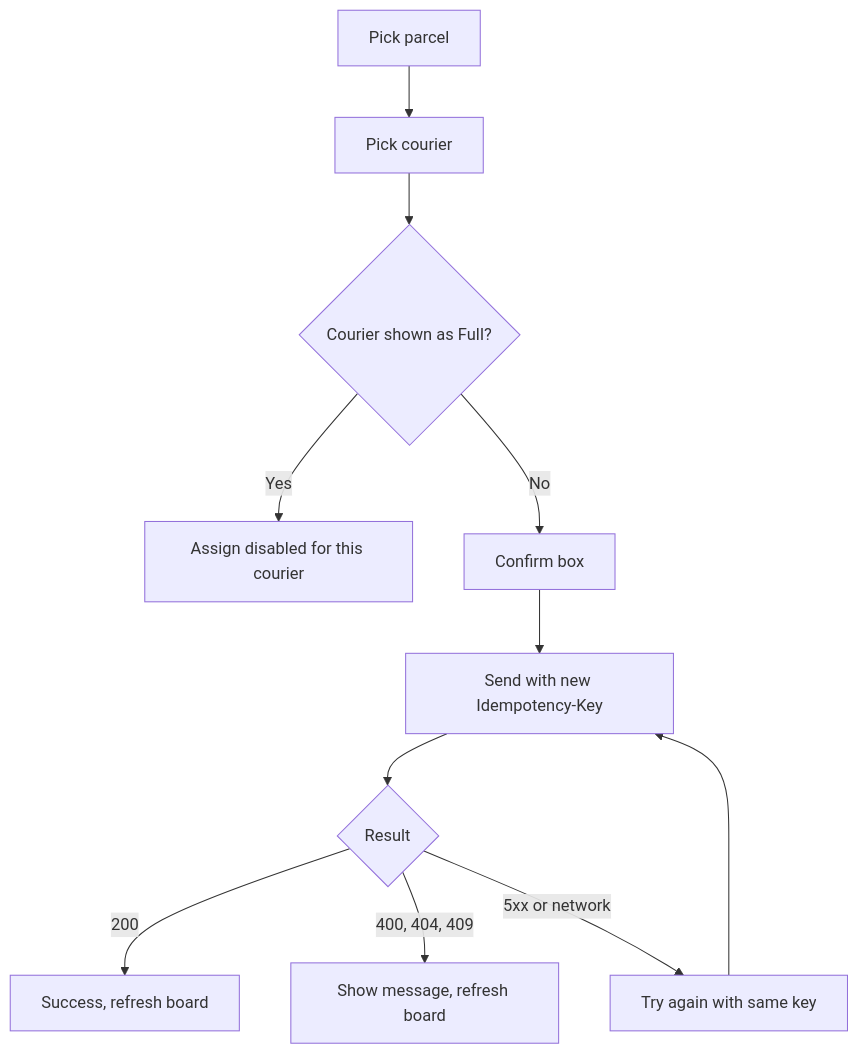
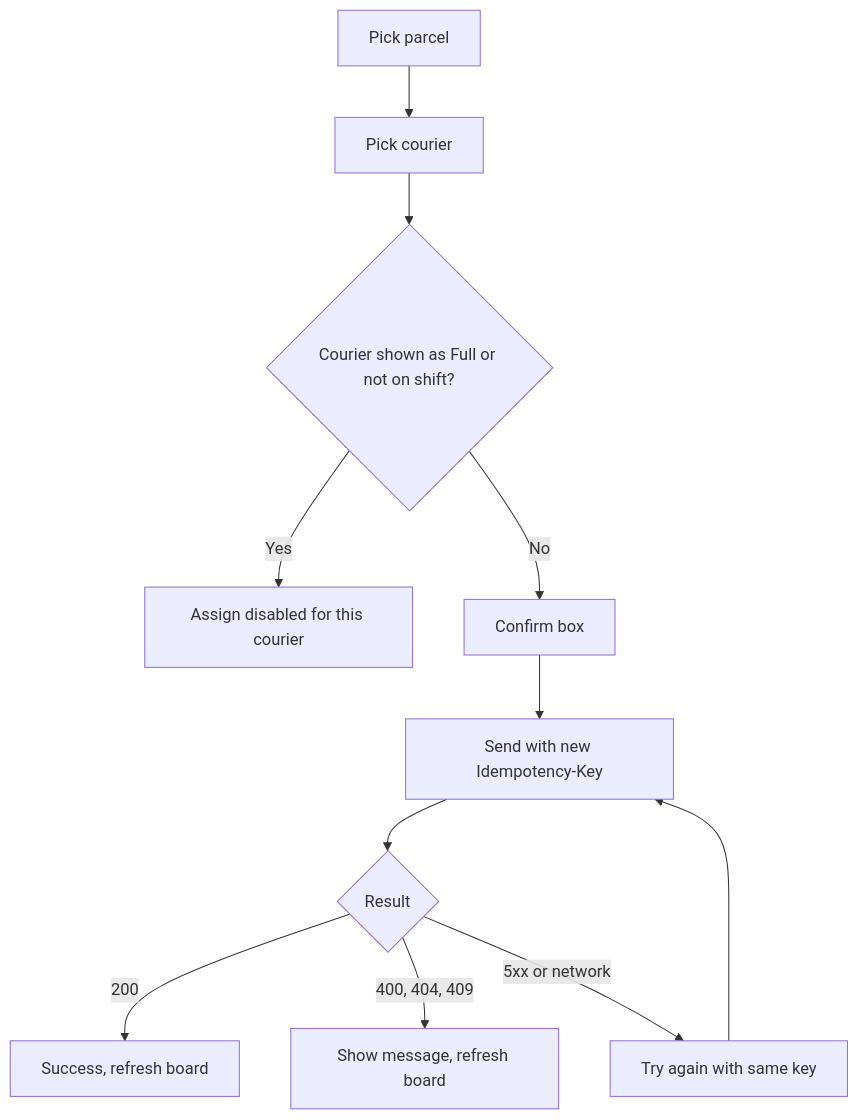
Before and after one commit to phantomTroupeEAD/SwiftDrop: diagram 18 of 55 in docs/drafts/member-07-dispatcher-admin-web-gateway/doc-02-functional-flows-and-business-rules.md, drawn with Mermaid. The commit also changed other lines of this file and 125 other files, not shown here.

````diff
--- a/docs/drafts/member-07-dispatcher-admin-web-gateway/doc-02-functional-flows-and-business-rules.md
+++ b/docs/drafts/member-07-dispatcher-admin-web-gateway/doc-02-functional-flows-and-business-rules.md
@@ -581,13 +574,13 @@
 ```mermaid
 flowchart TD
     A["Pick parcel"] --> B["Pick courier"]
-    B --> C{"Courier shown as Full?"}
+    B --> C{"Courier shown as Full or not on shift?"}
     C -- "Yes" --> C2["Assign disabled for this courier"]
     C -- "No" --> D["Confirm box"]
     D --> E["Send with new Idempotency-Key"]
     E --> F{"Result"}
     F -- "200" --> G["Success, refresh board"]
     F -- "400, 404, 409" --> H["Show message, refresh board"]
     F -- "5xx or network" --> I["Try again with same key"]
     I --> E
 ```
````
